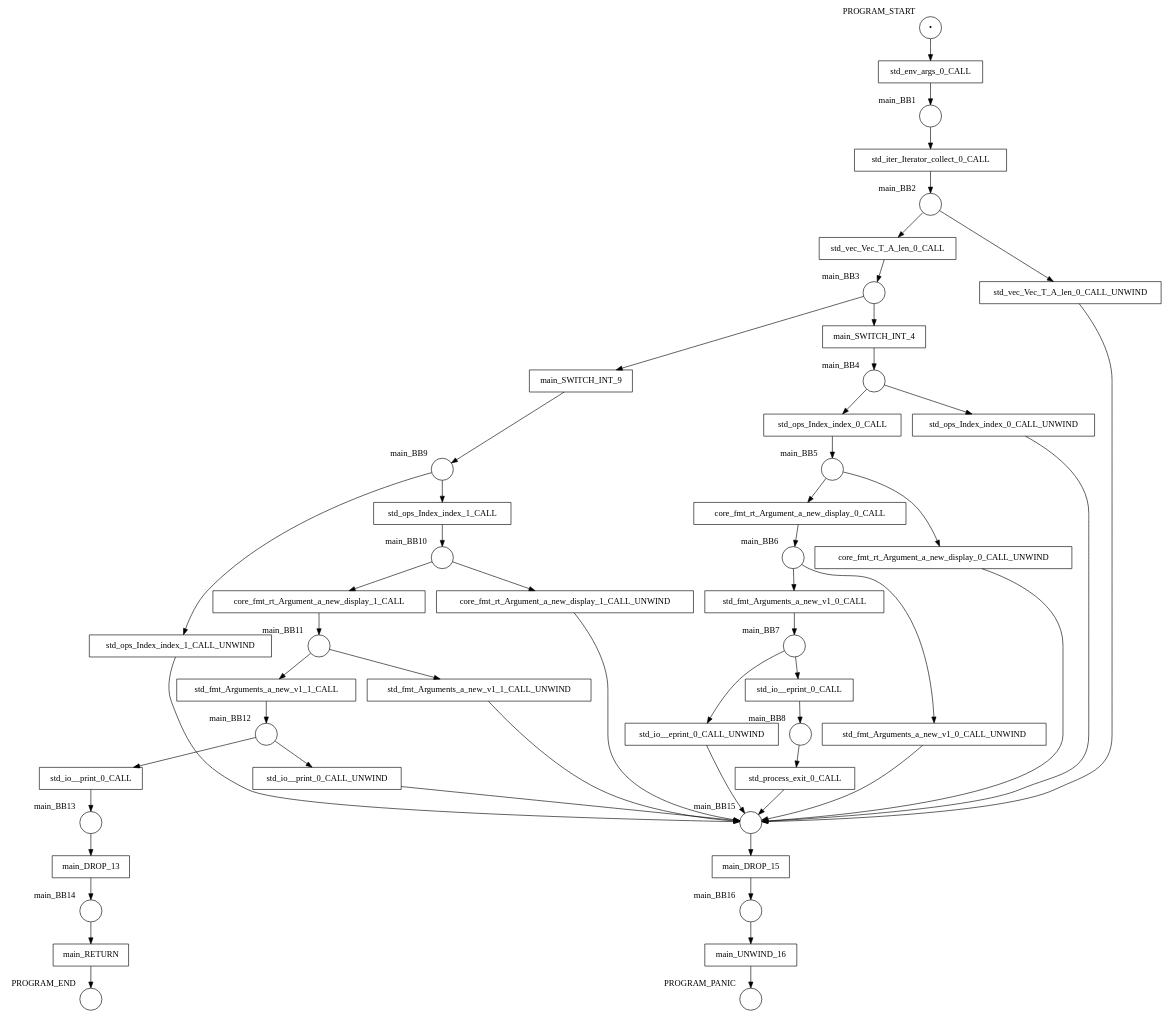
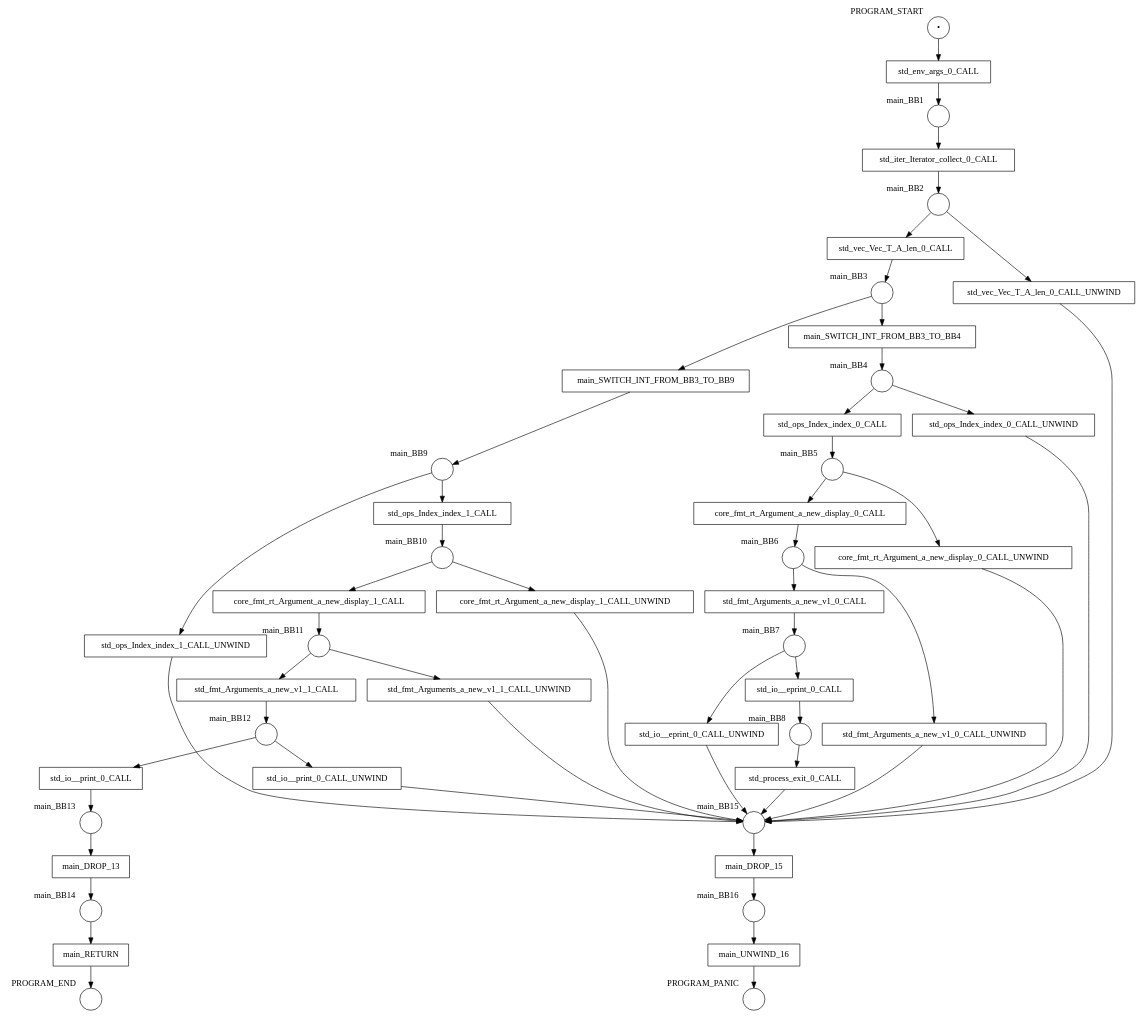
The diagram in examples/results/basic/greet/net.dot (hlisdero/cargo-check-deadlock), drawn with Graphviz before and after one commit. The commit also changed 34 other files, not shown here.

```diff
--- a/examples/results/basic/greet/net.dot
+++ b/examples/results/basic/greet/net.dot
@@ -1,102 +1,102 @@
 digraph petrinet {
     PROGRAM_END [shape="circle" xlabel="PROGRAM_END" label=""];
     PROGRAM_PANIC [shape="circle" xlabel="PROGRAM_PANIC" label=""];
     PROGRAM_START [shape="circle" xlabel="PROGRAM_START" label="•"];
     main_BB1 [shape="circle" xlabel="main_BB1" label=""];
     main_BB10 [shape="circle" xlabel="main_BB10" label=""];
     main_BB11 [shape="circle" xlabel="main_BB11" label=""];
     main_BB12 [shape="circle" xlabel="main_BB12" label=""];
     main_BB13 [shape="circle" xlabel="main_BB13" label=""];
     main_BB14 [shape="circle" xlabel="main_BB14" label=""];
     main_BB15 [shape="circle" xlabel="main_BB15" label=""];
     main_BB16 [shape="circle" xlabel="main_BB16" label=""];
     main_BB2 [shape="circle" xlabel="main_BB2" label=""];
     main_BB3 [shape="circle" xlabel="main_BB3" label=""];
     main_BB4 [shape="circle" xlabel="main_BB4" label=""];
     main_BB5 [shape="circle" xlabel="main_BB5" label=""];
     main_BB6 [shape="circle" xlabel="main_BB6" label=""];
     main_BB7 [shape="circle" xlabel="main_BB7" label=""];
     main_BB8 [shape="circle" xlabel="main_BB8" label=""];
     main_BB9 [shape="circle" xlabel="main_BB9" label=""];
     core_fmt_rt_Argument_a_new_display_0_CALL [shape="box" xlabel="" label="core_fmt_rt_Argument_a_new_display_0_CALL"];
     core_fmt_rt_Argument_a_new_display_0_CALL_UNWIND [shape="box" xlabel="" label="core_fmt_rt_Argument_a_new_display_0_CALL_UNWIND"];
     core_fmt_rt_Argument_a_new_display_1_CALL [shape="box" xlabel="" label="core_fmt_rt_Argument_a_new_display_1_CALL"];
     core_fmt_rt_Argument_a_new_display_1_CALL_UNWIND [shape="box" xlabel="" label="core_fmt_rt_Argument_a_new_display_1_CALL_UNWIND"];
     main_DROP_13 [shape="box" xlabel="" label="main_DROP_13"];
     main_DROP_15 [shape="box" xlabel="" label="main_DROP_15"];
     main_RETURN [shape="box" xlabel="" label="main_RETURN"];
-    main_SWITCH_INT_4 [shape="box" xlabel="" label="main_SWITCH_INT_4"];
-    main_SWITCH_INT_9 [shape="box" xlabel="" label="main_SWITCH_INT_9"];
+    main_SWITCH_INT_FROM_BB3_TO_BB4 [shape="box" xlabel="" label="main_SWITCH_INT_FROM_BB3_TO_BB4"];
+    main_SWITCH_INT_FROM_BB3_TO_BB9 [shape="box" xlabel="" label="main_SWITCH_INT_FROM_BB3_TO_BB9"];
     main_UNWIND_16 [shape="box" xlabel="" label="main_UNWIND_16"];
     std_env_args_0_CALL [shape="box" xlabel="" label="std_env_args_0_CALL"];
     std_fmt_Arguments_a_new_v1_0_CALL [shape="box" xlabel="" label="std_fmt_Arguments_a_new_v1_0_CALL"];
     std_fmt_Arguments_a_new_v1_0_CALL_UNWIND [shape="box" xlabel="" label="std_fmt_Arguments_a_new_v1_0_CALL_UNWIND"];
     std_fmt_Arguments_a_new_v1_1_CALL [shape="box" xlabel="" label="std_fmt_Arguments_a_new_v1_1_CALL"];
     std_fmt_Arguments_a_new_v1_1_CALL_UNWIND [shape="box" xlabel="" label="std_fmt_Arguments_a_new_v1_1_CALL_UNWIND"];
     std_io__eprint_0_CALL [shape="box" xlabel="" label="std_io__eprint_0_CALL"];
     std_io__eprint_0_CALL_UNWIND [shape="box" xlabel="" label="std_io__eprint_0_CALL_UNWIND"];
     std_io__print_0_CALL [shape="box" xlabel="" label="std_io__print_0_CALL"];
     std_io__print_0_CALL_UNWIND [shape="box" xlabel="" label="std_io__print_0_CALL_UNWIND"];
     std_iter_Iterator_collect_0_CALL [shape="box" xlabel="" label="std_iter_Iterator_collect_0_CALL"];
     std_ops_Index_index_0_CALL [shape="box" xlabel="" label="std_ops_Index_index_0_CALL"];
     std_ops_Index_index_0_CALL_UNWIND [shape="box" xlabel="" label="std_ops_Index_index_0_CALL_UNWIND"];
     std_ops_Index_index_1_CALL [shape="box" xlabel="" label="std_ops_Index_index_1_CALL"];
     std_ops_Index_index_1_CALL_UNWIND [shape="box" xlabel="" label="std_ops_Index_index_1_CALL_UNWIND"];
     std_process_exit_0_CALL [shape="box" xlabel="" label="std_process_exit_0_CALL"];
     std_vec_Vec_T_A_len_0_CALL [shape="box" xlabel="" label="std_vec_Vec_T_A_len_0_CALL"];
     std_vec_Vec_T_A_len_0_CALL_UNWIND [shape="box" xlabel="" label="std_vec_Vec_T_A_len_0_CALL_UNWIND"];
     PROGRAM_START -> std_env_args_0_CALL;
     main_BB1 -> std_iter_Iterator_collect_0_CALL;
     main_BB10 -> core_fmt_rt_Argument_a_new_display_1_CALL;
     main_BB10 -> core_fmt_rt_Argument_a_new_display_1_CALL_UNWIND;
     main_BB11 -> std_fmt_Arguments_a_new_v1_1_CALL;
     main_BB11 -> std_fmt_Arguments_a_new_v1_1_CALL_UNWIND;
     main_BB12 -> std_io__print_0_CALL;
     main_BB12 -> std_io__print_0_CALL_UNWIND;
     main_BB13 -> main_DROP_13;
     main_BB14 -> main_RETURN;
     main_BB15 -> main_DROP_15;
     main_BB16 -> main_UNWIND_16;
     main_BB2 -> std_vec_Vec_T_A_len_0_CALL;
     main_BB2 -> std_vec_Vec_T_A_len_0_CALL_UNWIND;
-    main_BB3 -> main_SWITCH_INT_4;
-    main_BB3 -> main_SWITCH_INT_9;
+    main_BB3 -> main_SWITCH_INT_FROM_BB3_TO_BB4;
+    main_BB3 -> main_SWITCH_INT_FROM_BB3_TO_BB9;
     main_BB4 -> std_ops_Index_index_0_CALL;
     main_BB4 -> std_ops_Index_index_0_CALL_UNWIND;
     main_BB5 -> core_fmt_rt_Argument_a_new_display_0_CALL;
     main_BB5 -> core_fmt_rt_Argument_a_new_display_0_CALL_UNWIND;
     main_BB6 -> std_fmt_Arguments_a_new_v1_0_CALL;
     main_BB6 -> std_fmt_Arguments_a_new_v1_0_CALL_UNWIND;
     main_BB7 -> std_io__eprint_0_CALL;
     main_BB7 -> std_io__eprint_0_CALL_UNWIND;
     main_BB8 -> std_process_exit_0_CALL;
     main_BB9 -> std_ops_Index_index_1_CALL;
     main_BB9 -> std_ops_Index_index_1_CALL_UNWIND;
     core_fmt_rt_Argument_a_new_display_0_CALL -> main_BB6;
     core_fmt_rt_Argument_a_new_display_0_CALL_UNWIND -> main_BB15;
     core_fmt_rt_Argument_a_new_display_1_CALL -> main_BB11;
     core_fmt_rt_Argument_a_new_display_1_CALL_UNWIND -> main_BB15;
     main_DROP_13 -> main_BB14;
     main_DROP_15 -> main_BB16;
     main_RETURN -> PROGRAM_END;
-    main_SWITCH_INT_4 -> main_BB4;
-    main_SWITCH_INT_9 -> main_BB9;
+    main_SWITCH_INT_FROM_BB3_TO_BB4 -> main_BB4;
+    main_SWITCH_INT_FROM_BB3_TO_BB9 -> main_BB9;
     main_UNWIND_16 -> PROGRAM_PANIC;
     std_env_args_0_CALL -> main_BB1;
     std_fmt_Arguments_a_new_v1_0_CALL -> main_BB7;
     std_fmt_Arguments_a_new_v1_0_CALL_UNWIND -> main_BB15;
     std_fmt_Arguments_a_new_v1_1_CALL -> main_BB12;
     std_fmt_Arguments_a_new_v1_1_CALL_UNWIND -> main_BB15;
     std_io__eprint_0_CALL -> main_BB8;
     std_io__eprint_0_CALL_UNWIND -> main_BB15;
     std_io__print_0_CALL -> main_BB13;
     std_io__print_0_CALL_UNWIND -> main_BB15;
     std_iter_Iterator_collect_0_CALL -> main_BB2;
     std_ops_Index_index_0_CALL -> main_BB5;
     std_ops_Index_index_0_CALL_UNWIND -> main_BB15;
     std_ops_Index_index_1_CALL -> main_BB10;
     std_ops_Index_index_1_CALL_UNWIND -> main_BB15;
     std_process_exit_0_CALL -> main_BB15;
     std_vec_Vec_T_A_len_0_CALL -> main_BB3;
     std_vec_Vec_T_A_len_0_CALL_UNWIND -> main_BB15;
 }
```
